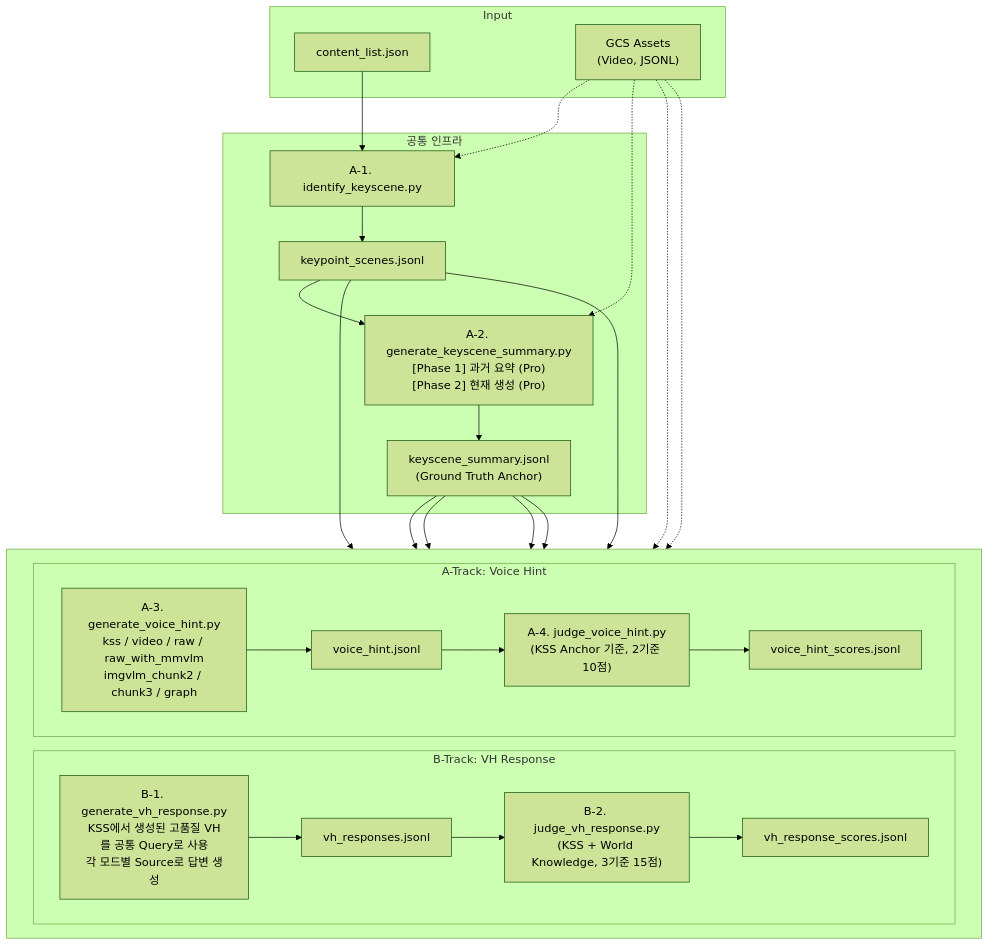
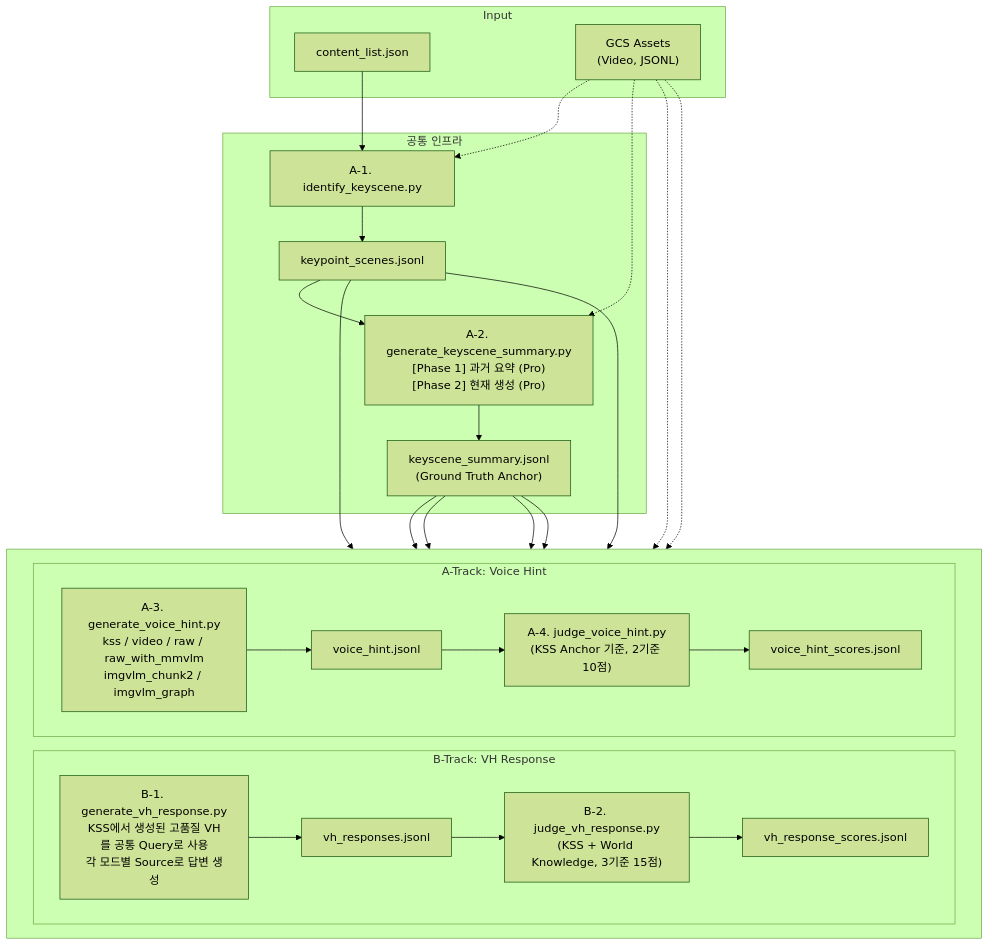
The diagram in README.md (obeychoi0120/LLMJudge), drawn with Mermaid (forest theme) before and after one commit. The commit also changed other lines of this file and 4 other files, not shown here.

Commit message:
removed imgvlm_chunk3

````diff
--- a/README.md
+++ b/README.md
@@ -41,53 +41,53 @@
 ```mermaid
 flowchart TD
     subgraph INPUT["Input"]
         CL["content_list.json"]
         GCS["GCS Assets\n(Video, JSONL)"]
     end
 
     subgraph INFRA["공통 인프라"]
         A1["A-1. identify_keyscene.py"]
         KP["keypoint_scenes.jsonl"]
         A2["A-2. generate_keyscene_summary.py\n[Phase 1] 과거 요약 (Pro)\n[Phase 2] 현재 생성 (Pro)"]
         KSS["keyscene_summary.jsonl\n(Ground Truth Anchor)"]
     end
 
     subgraph TRACKS[" "]
         direction LR
         subgraph BTRACK["B-Track: VH Response"]
             B1["B-1. generate_vh_response.py\nKSS에서 생성된 고품질 VH를 공통 Query로 사용\n각 모드별 Source로 답변 생성"]
             VHR["vh_responses.jsonl"]
             B2["B-2. judge_vh_response.py\n(KSS + World Knowledge, 3기준 15점)"]
             VHRS["vh_response_scores.jsonl"]
         end
         subgraph ATRACK["A-Track: Voice Hint"]
-            A3["A-3. generate_voice_hint.py\nkss / video / raw / raw_with_mmvlm\nimgvlm_chunk2 / chunk3 / graph"]
+            A3["A-3. generate_voice_hint.py\nkss / video / raw / raw_with_mmvlm\nimgvlm_chunk2 / imgvlm_graph"]
             VH["voice_hint.jsonl"]
             A4["A-4. judge_voice_hint.py\n(KSS Anchor 기준, 2기준 10점)"]
             VHS["voice_hint_scores.jsonl"]
         end
     end
 
     CL --> A1
     GCS -.-> A1
     A1 --> KP
     KP --> A2
     GCS -.-> A2
     A2 --> KSS
 
     KSS --> A3
     KP --> A3
     GCS -.-> A3
     A3 --> VH
     VH --> A4
     KSS --> A4
     A4 --> VHS
 
     KSS --> B1
     KP --> B1
     GCS -.-> B1
     B1 --> VHR
     VHR --> B2
     KSS --> B2
     B2 --> VHRS
 ```
````
